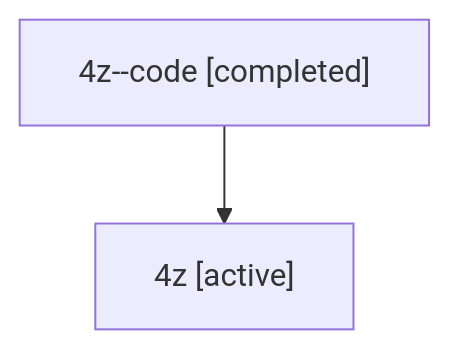
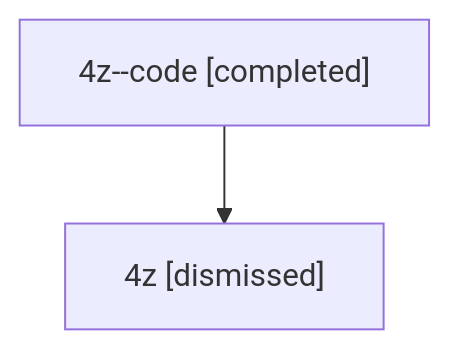
Before and after one commit to sase-org/sase--agents: the diagram in sessions/bbugyi200.athena.4z.md, drawn with Mermaid. The commit also changed other lines of this file and 27 other files, not shown here.

````diff
--- a/sessions/bbugyi200.athena.4z.md
+++ b/sessions/bbugyi200.athena.4z.md
@@ -9,6 +9,6 @@
 ```mermaid
 flowchart TD
   n0["4z--code [completed]"]
-  n1["4z [active]"]
+  n1["4z [dismissed]"]
   n0 --> n1
 ```
````
